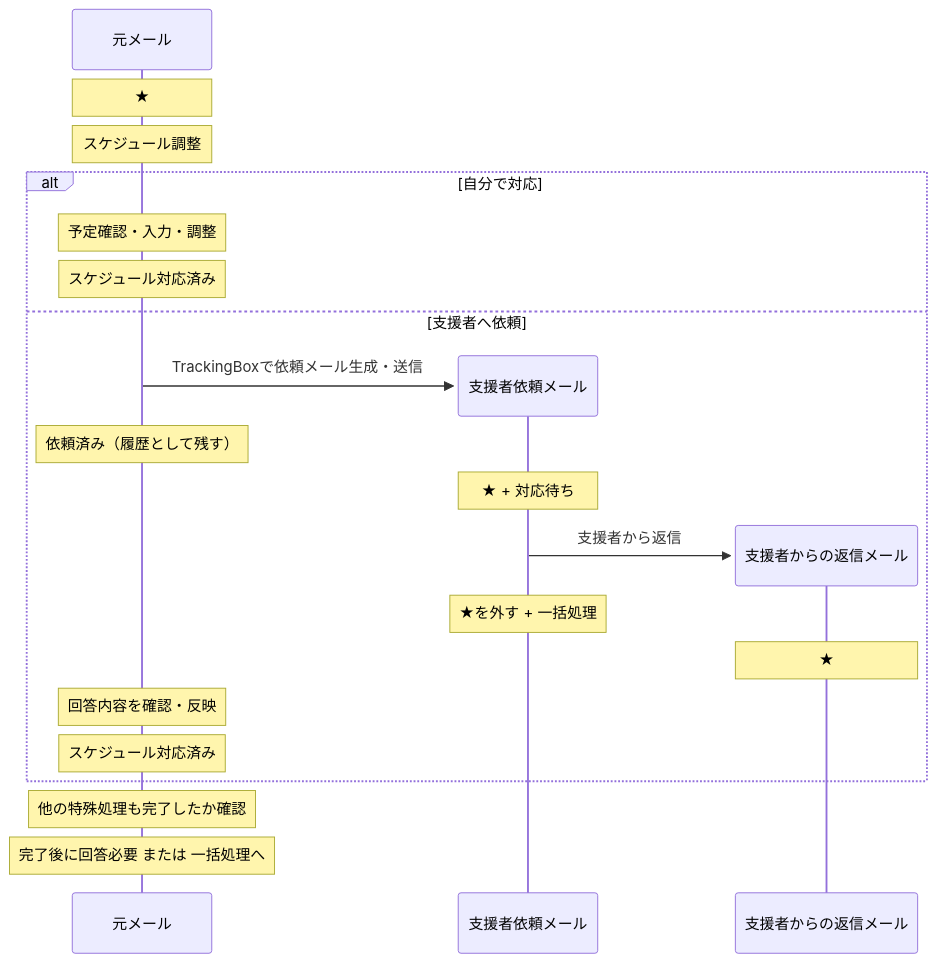
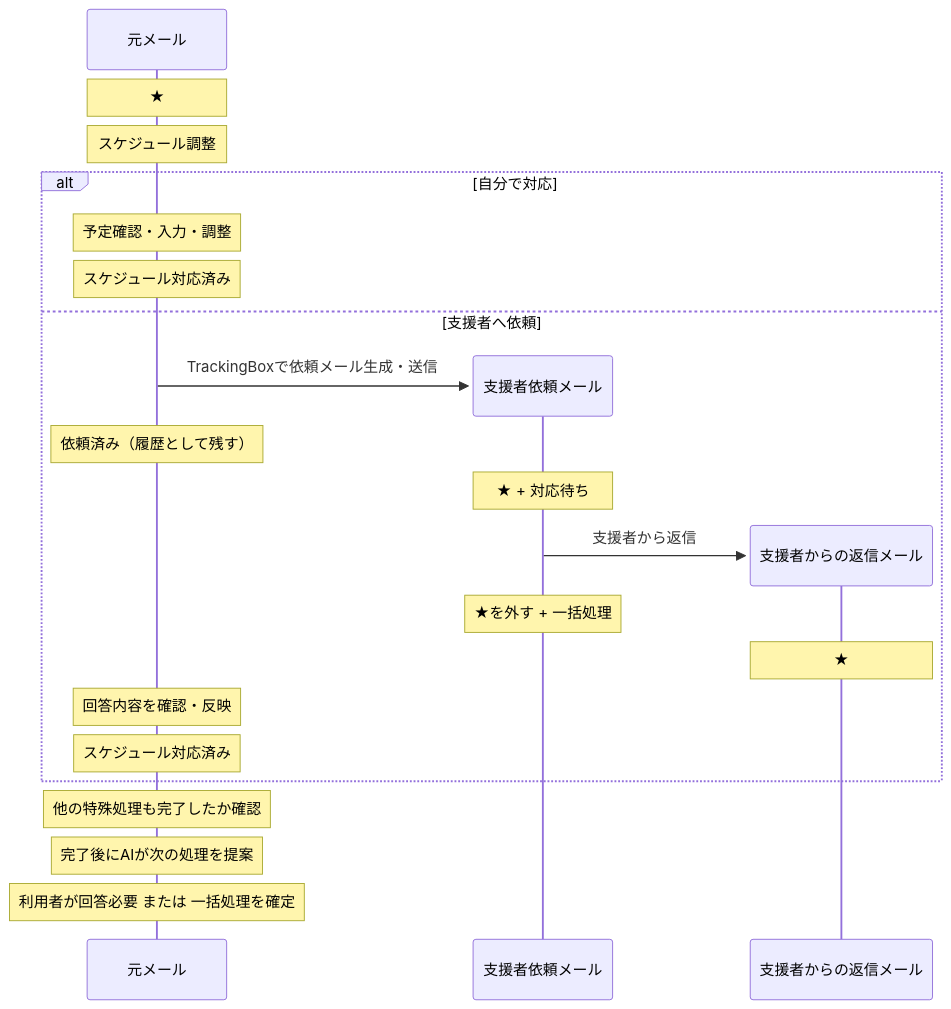
One commit to a3suger/WorkInBox changed the second of 3 diagrams in docs/design_workflow.md. Above: the diagram before and after it, drawn with Mermaid. The commit also changed other lines of this file, not shown here.

````diff
--- a/docs/design_workflow.md
+++ b/docs/design_workflow.md
@@ -410,28 +448,29 @@
 ```mermaid
 sequenceDiagram
 
     participant M1 as 元メール
 
     Note over M1: ★
     Note over M1: スケジュール調整
 
     alt 自分で対応
         Note over M1: 予定確認・入力・調整
         Note over M1: スケジュール対応済み
     else 支援者へ依頼
         create participant M2 as 支援者依頼メール
         M1->>M2: TrackingBoxで依頼メール生成・送信
         Note over M1: 依頼済み（履歴として残す）
         Note over M2: ★ + 対応待ち
 
         create participant M3 as 支援者からの返信メール
         M2->>M3: 支援者から返信
         Note over M2: ★を外す + 一括処理
         Note over M3: ★
         Note over M1: 回答内容を確認・反映
         Note over M1: スケジュール対応済み
     end
 
     Note over M1: 他の特殊処理も完了したか確認
-    Note over M1: 完了後に回答必要 または 一括処理へ
+    Note over M1: 完了後にAIが次の処理を提案
+    Note over M1: 利用者が回答必要 または 一括処理を確定
 ```
````
